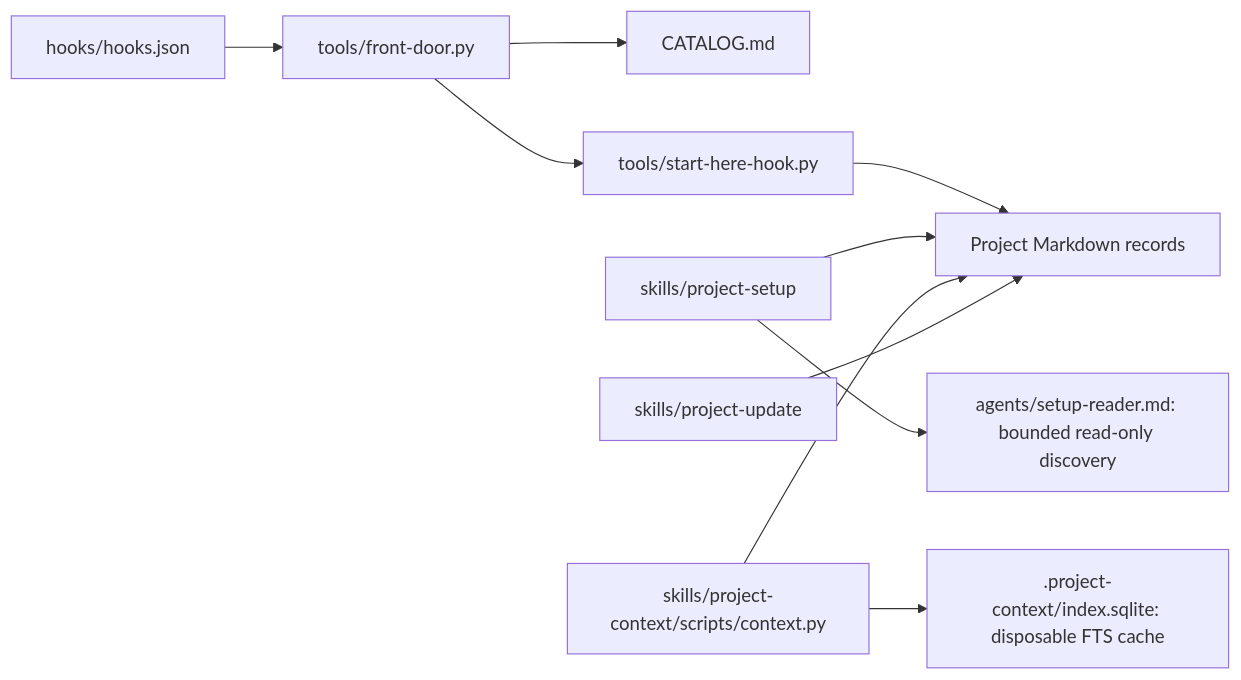
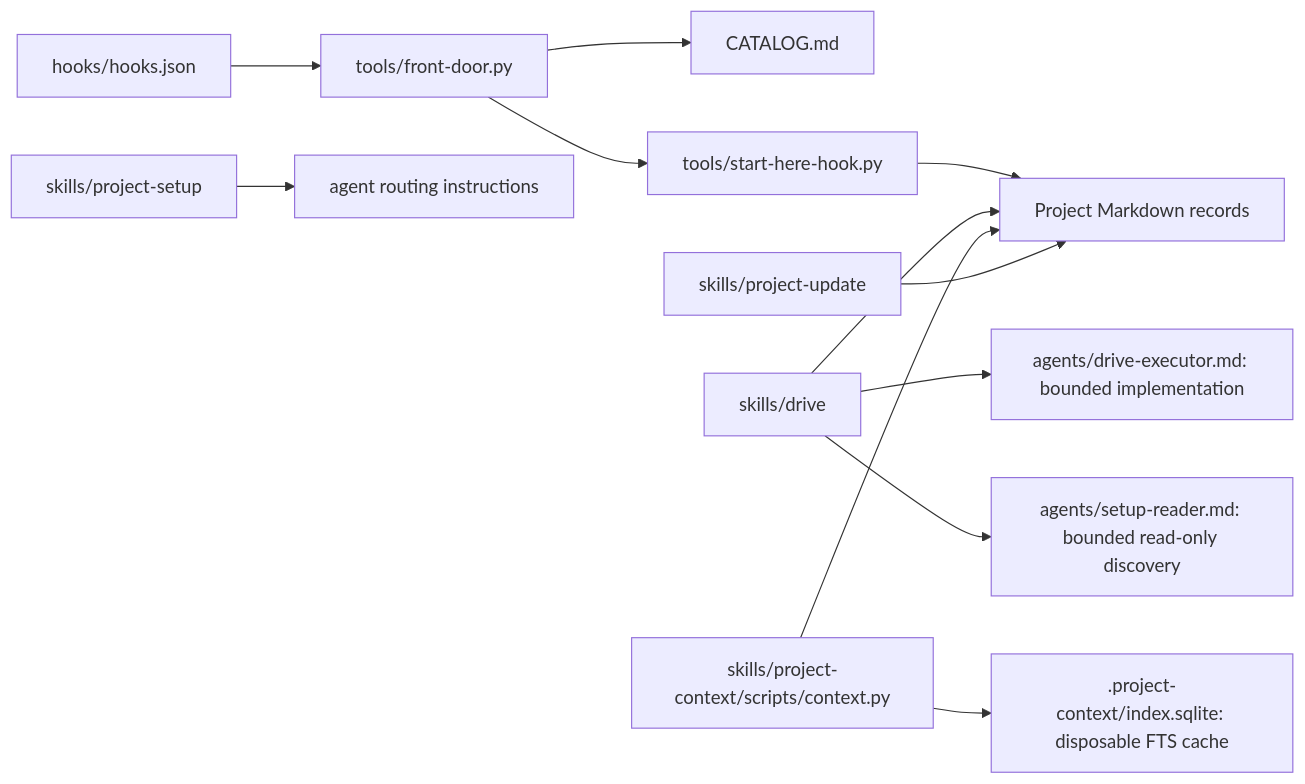
One commit to thanaponai01-collab/top-tier-engineer-skill changed the diagram in docs/architecture.md. Above: the diagram before and after it, drawn with Mermaid. The commit also changed other lines of this file and 79 other files, not shown here.

Commit message:
Separate agent setup from Drive orchestration and add adversarial evals

````diff
--- a/docs/architecture.md
+++ b/docs/architecture.md
@@ -9,12 +9,14 @@
 ```mermaid
 flowchart LR
   hooks["hooks/hooks.json"] --> entry["tools/front-door.py"]
   entry --> catalog["CATALOG.md"]
   entry --> summary["tools/start-here-hook.py"]
   summary --> records["Project Markdown records"]
-  setup["skills/project-setup"] --> records
-  setup --> worker["agents/setup-reader.md: bounded read-only discovery"]
+  drive["skills/drive"] --> records
+  setup["skills/project-setup"] --> instructions["agent routing instructions"]
+  drive --> executor["agents/drive-executor.md: bounded implementation"]
+  drive --> worker["agents/setup-reader.md: bounded read-only discovery"]
   context["skills/project-context/scripts/context.py"] --> records
   context --> index[".project-context/index.sqlite: disposable FTS cache"]
   update["skills/project-update"] --> records
 ```
````
